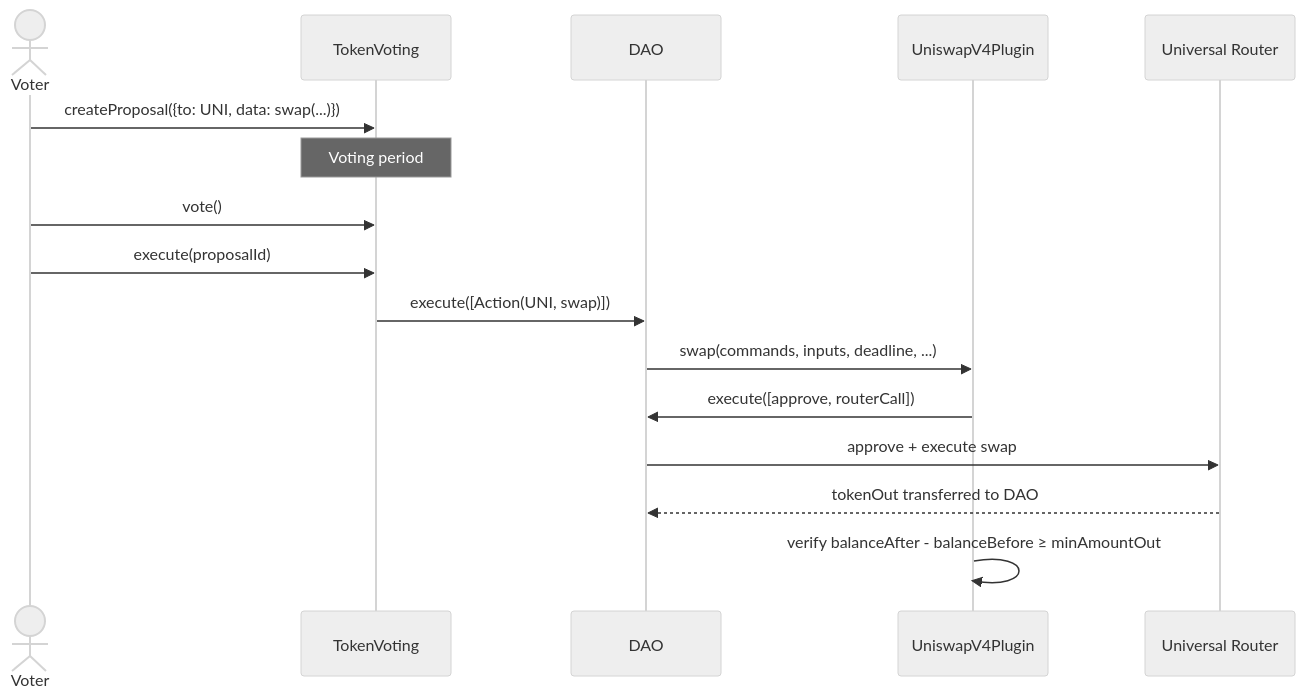
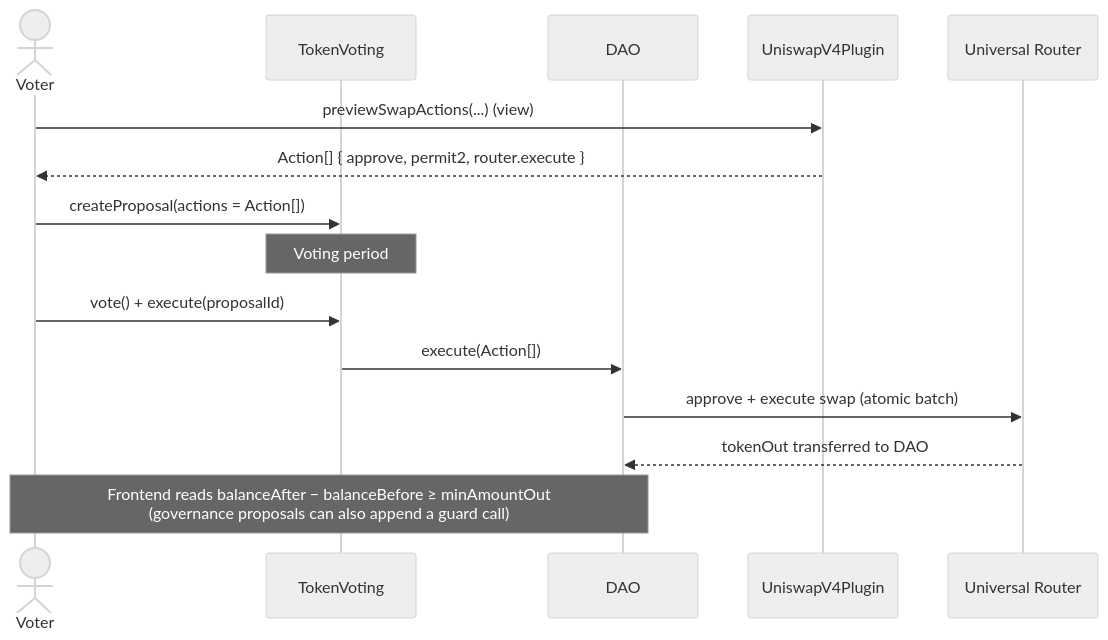
One commit to CyberdyneCorp/cyberdyne_dao_contracts changed the second of 11 diagrams in README.md. Above: the diagram before and after it, drawn with Mermaid (neutral theme). The commit also changed other lines of this file and 7 other files, not shown here.

First line of the commit message:
docs: close gap audit; restructure ROADMAP Phase 13 as v1.1 backlog

````diff
--- a/README.md
+++ b/README.md
@@ -105,19 +119,18 @@
 ```mermaid
 sequenceDiagram
     actor V as Voter
     participant TV as TokenVoting
     participant D as DAO
-    participant UNI as UniswapV4Plugin
+    participant UV4 as UniswapV4Plugin
     participant UR as Universal Router
 
-    V->>TV: createProposal({to: UNI, data: swap(...)})
+    V->>UV4: previewSwapActions(...) (view)
+    UV4-->>V: Action[] { approve, permit2, router.execute }
+    V->>TV: createProposal(actions = Action[])
     Note over TV: Voting period
-    V->>TV: vote()
-    V->>TV: execute(proposalId)
-    TV->>D: execute([Action(UNI, swap)])
-    D->>UNI: swap(commands, inputs, deadline, ...)
-    UNI->>D: execute([approve, routerCall])
-    D->>UR: approve + execute swap
+    V->>TV: vote() + execute(proposalId)
+    TV->>D: execute(Action[])
+    D->>UR: approve + execute swap (atomic batch)
     UR-->>D: tokenOut transferred to DAO
-    UNI->>UNI: verify balanceAfter - balanceBefore ≥ minAmountOut
+    Note over V,D: Frontend reads balanceAfter − balanceBefore ≥ minAmountOut<br/>(governance proposals can also append a guard call)
 ```
````
